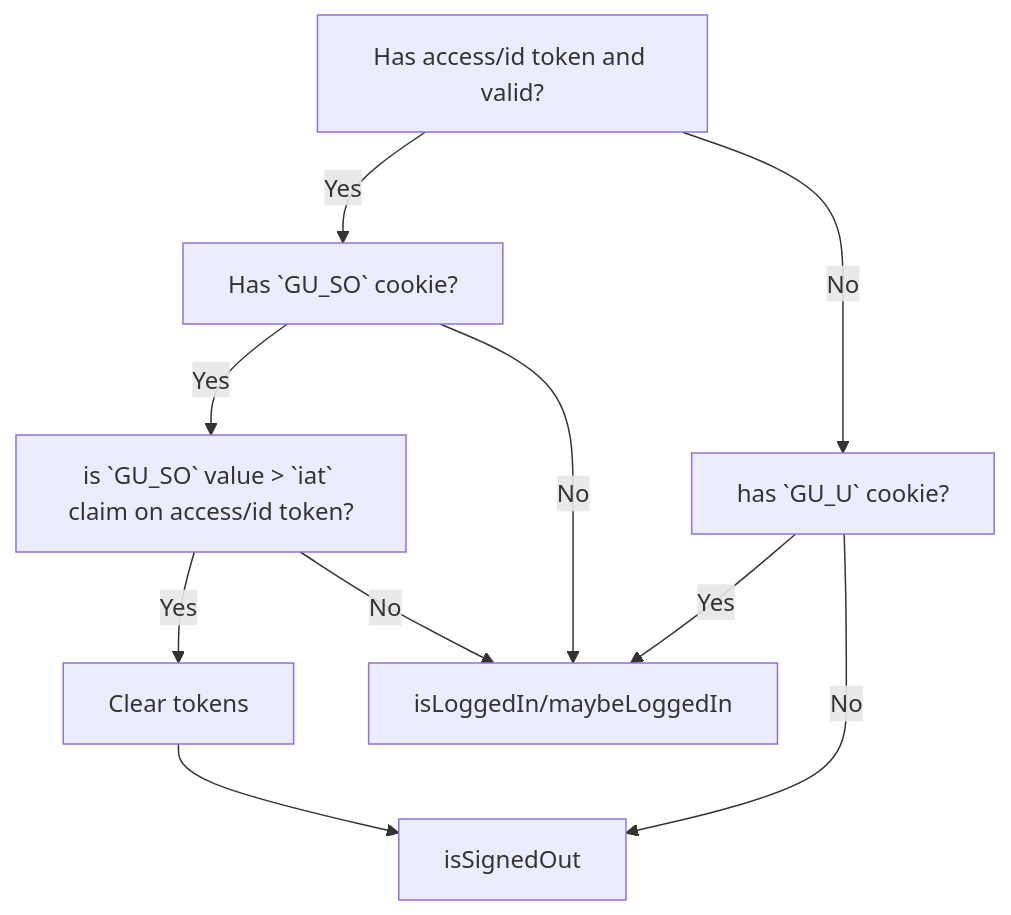
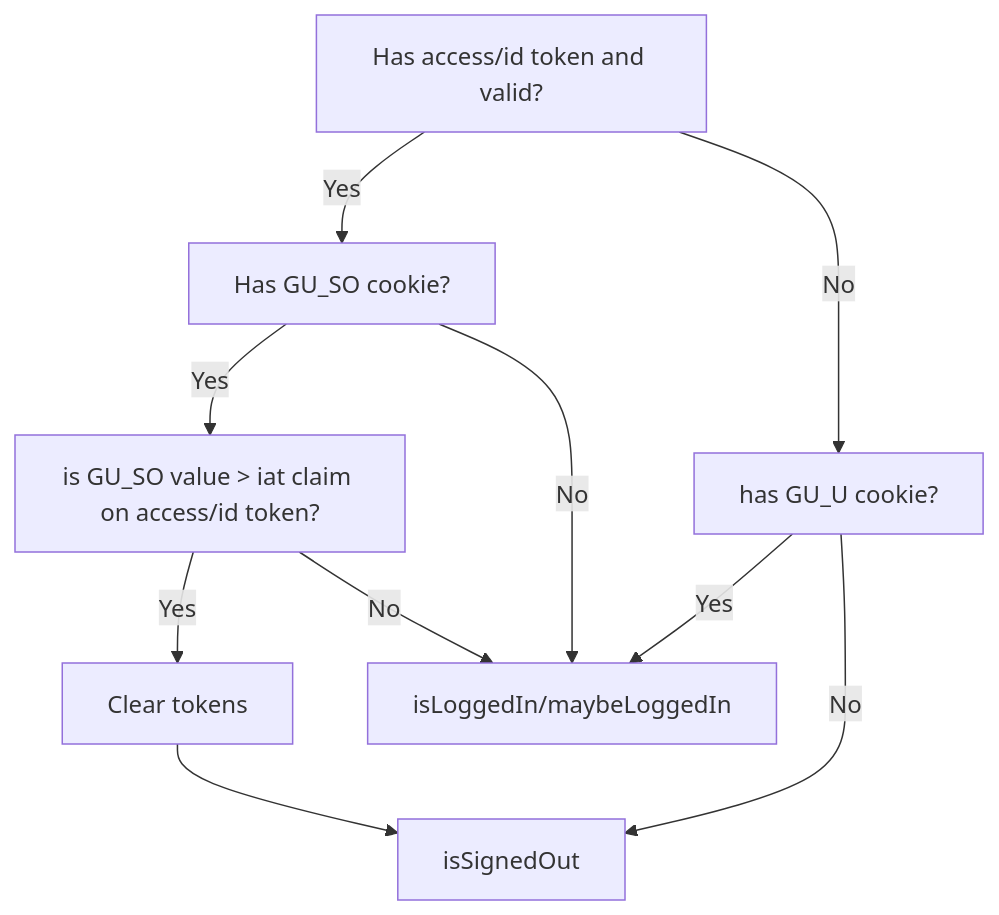
The first of 3 diagrams in docs/okta/web-apps-integration-guide.md (guardian/gateway), drawn with Mermaid before and after one commit. The commit also changed other lines of this file and 14 other files, not shown here.

````diff
--- a/docs/okta/web-apps-integration-guide.md
+++ b/docs/okta/web-apps-integration-guide.md
@@ -159,13 +160,13 @@
 ```mermaid
 flowchart TD
 
 A[Has access/id token and valid?]
-A -- Yes --> B[Has `GU_SO` cookie?]
-A -- No --> C[has `GU_U` cookie?]
-B -- Yes --> D[is `GU_SO` value > `iat` claim on access/id token?]
+A -- Yes --> B[Has GU_SO cookie?]
+A -- No --> C[has GU_U cookie?]
+B -- Yes --> D[is GU_SO value > iat claim on access/id token?]
 B -- No --> SI[isLoggedIn/maybeLoggedIn]
 C -- Yes --> SI
 C -- No --> SO[isSignedOut]
 D -- Yes --> E[Clear tokens] --> SO
 D -- No --> SI
 ```
````
